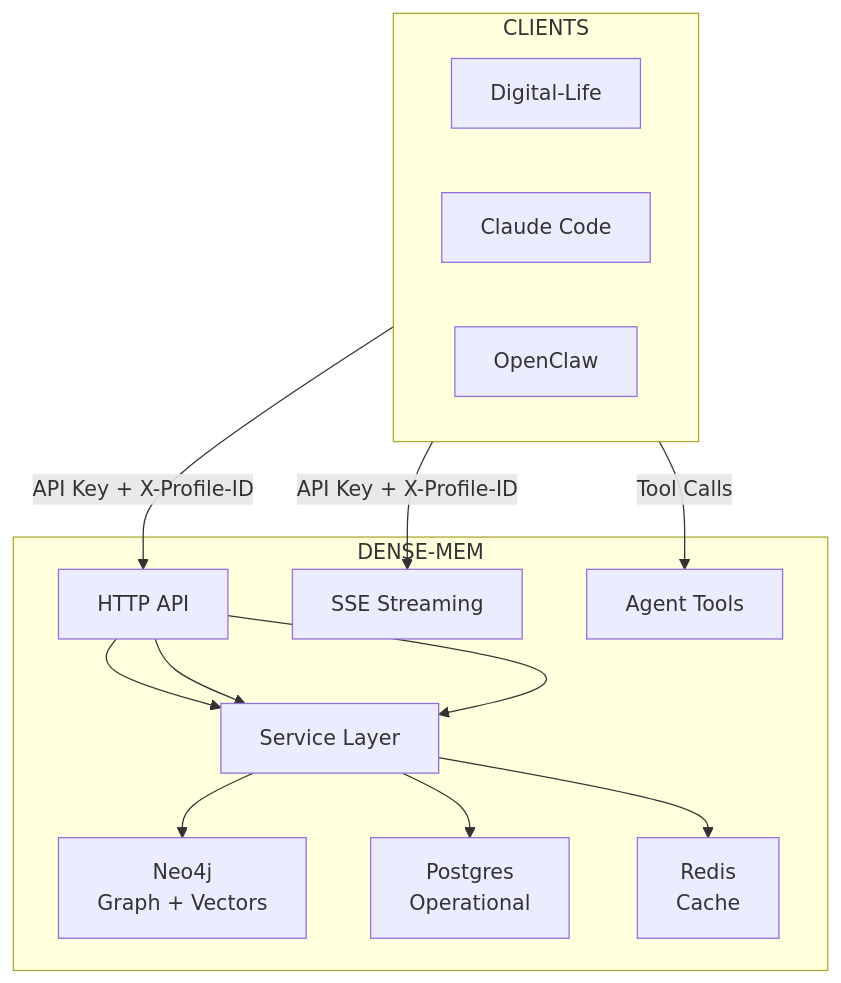
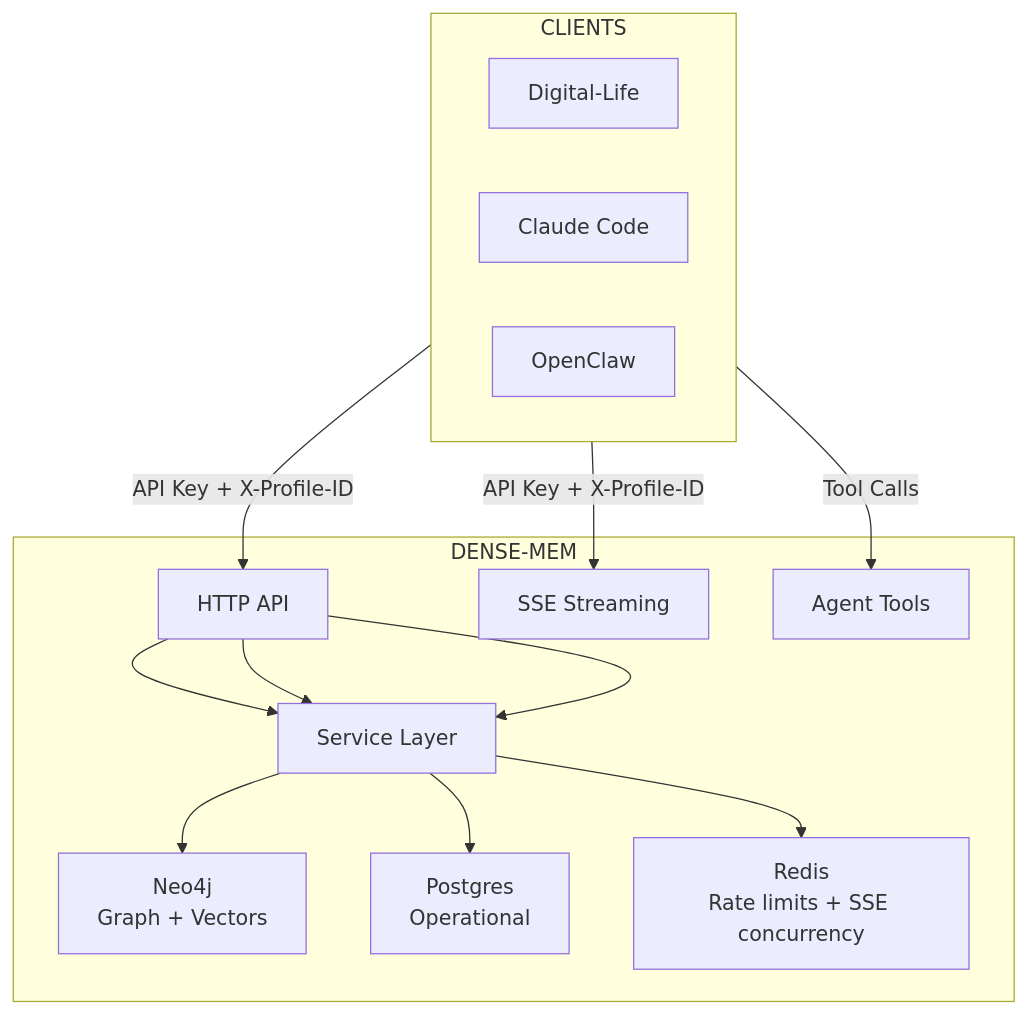
The first of 2 diagrams in .claude/rules/architecture.md (Z-M-Huang/dense-mem), drawn with Mermaid before and after one commit. The commit also changed other lines of this file and 38 other files, not shown here.

````diff
--- a/.claude/rules/architecture.md
+++ b/.claude/rules/architecture.md
@@ -19,28 +19,28 @@
 ```mermaid
 flowchart TB
     subgraph Clients["CLIENTS"]
         DL["Digital-Life"]
         CC["Claude Code"]
         OC["OpenClaw"]
     end
 
     subgraph DenseMem["DENSE-MEM"]
         HTTP["HTTP API"]
         SSE["SSE Streaming"]
         Tools["Agent Tools"]
 
         Services["Service Layer"]
 
         Neo4j["Neo4j<br/>Graph + Vectors"]
         Pg["Postgres<br/>Operational"]
-        Redis["Redis<br/>Cache"]
+        Redis["Redis<br/>Rate limits + SSE concurrency"]
     end
 
     Clients -->|"API Key + X-Profile-ID"| HTTP
     Clients -->|"API Key + X-Profile-ID"| SSE
     Clients -->|"Tool Calls"| Tools
 
     HTTP --> Services --> Neo4j
     HTTP --> Services --> Pg
     HTTP --> Services --> Redis
 ```
````
